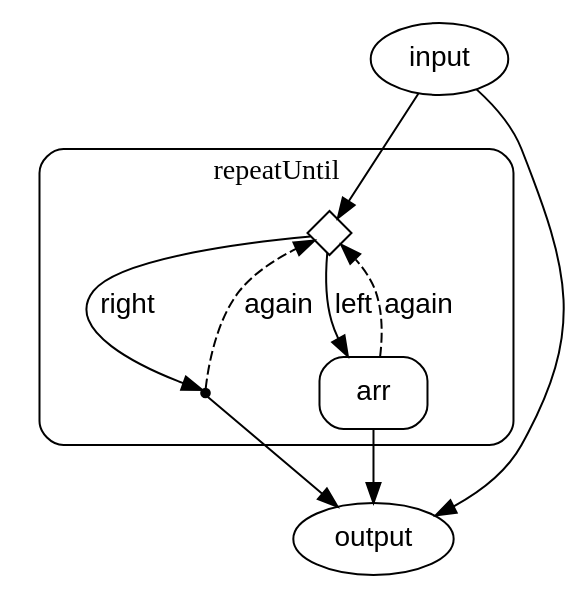
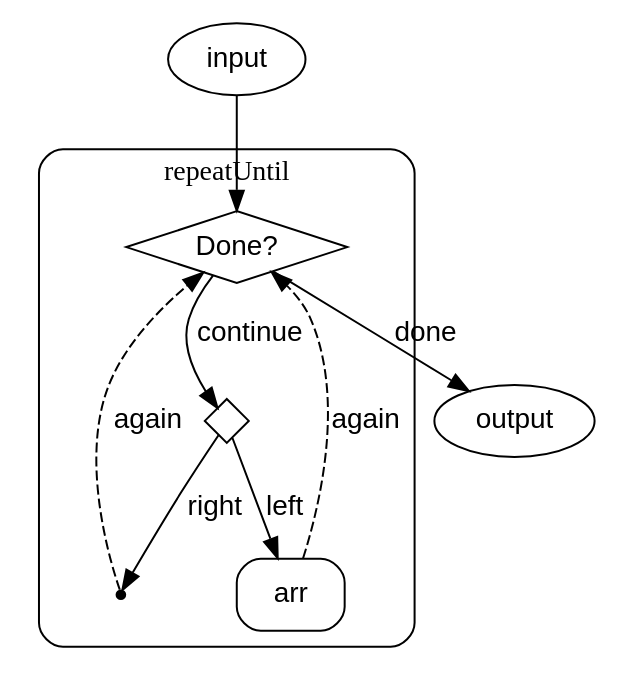
One commit to drshade/haskell-agentic changed the diagram in examples/diagrams/choice-in-repeat.dot. Above: the diagram before and after it, drawn with Graphviz. The commit also changed 25 other files, not shown here.

Commit message:
Draw repeat predicates with explicit done and continue routes

```diff
--- a/examples/diagrams/choice-in-repeat.dot
+++ b/examples/diagrams/choice-in-repeat.dot
@@ -1,22 +1,22 @@
 digraph flow {
   compound=true;
   node [shape=box, style=rounded, fontname="Helvetica"];
   edge [fontname="Helvetica"];
   input [label="input", shape=oval];
   subgraph cluster_n_flow_0 {
     label="repeatUntil";
     style=rounded;
+    n_flow_1 [label="Done?", shape=diamond, style=solid];
     n_flow_repeat_seq_1_0 [label="", shape=diamond, style=solid, width=0.3, height=0.3, fixedsize=true];
     entry_flow_repeat_seq_1_select_1 [label="", shape=point, width=0.06];
     n_flow_repeat_seq_1_choose_0_0 [label="arr"];
   }
   output [label="output", shape=oval];
-  input -> n_flow_repeat_seq_1_0;
+  input -> n_flow_1;
+  n_flow_1 -> n_flow_repeat_seq_1_0 [label="continue"];
   n_flow_repeat_seq_1_0 -> n_flow_repeat_seq_1_choose_0_0 [label="left"];
-  n_flow_repeat_seq_1_choose_0_0 -> n_flow_repeat_seq_1_0 [label="again", style=dashed];
+  n_flow_repeat_seq_1_choose_0_0 -> n_flow_1 [label="again", style=dashed];
   n_flow_repeat_seq_1_0 -> entry_flow_repeat_seq_1_select_1 [label="right"];
-  entry_flow_repeat_seq_1_select_1 -> n_flow_repeat_seq_1_0 [label="again", style=dashed];
-  input -> output;
-  n_flow_repeat_seq_1_choose_0_0 -> output;
-  entry_flow_repeat_seq_1_select_1 -> output;
+  entry_flow_repeat_seq_1_select_1 -> n_flow_1 [label="again", style=dashed];
+  n_flow_1 -> output [label="done"];
 }
```
